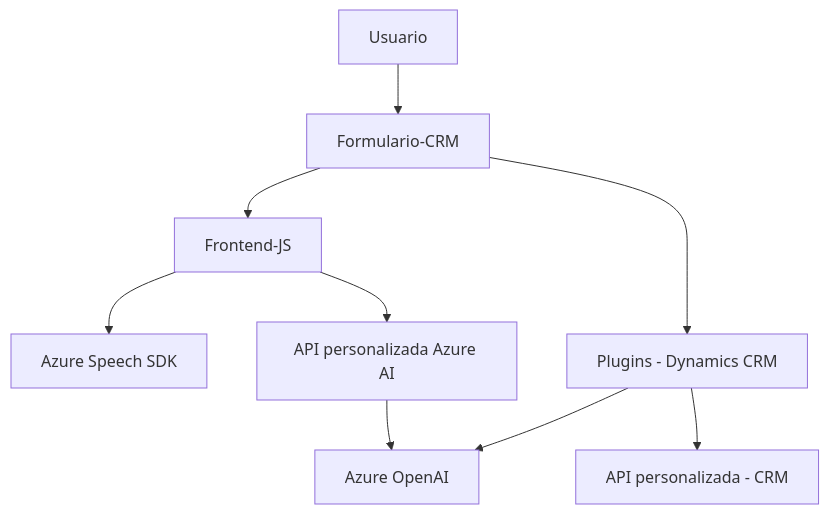
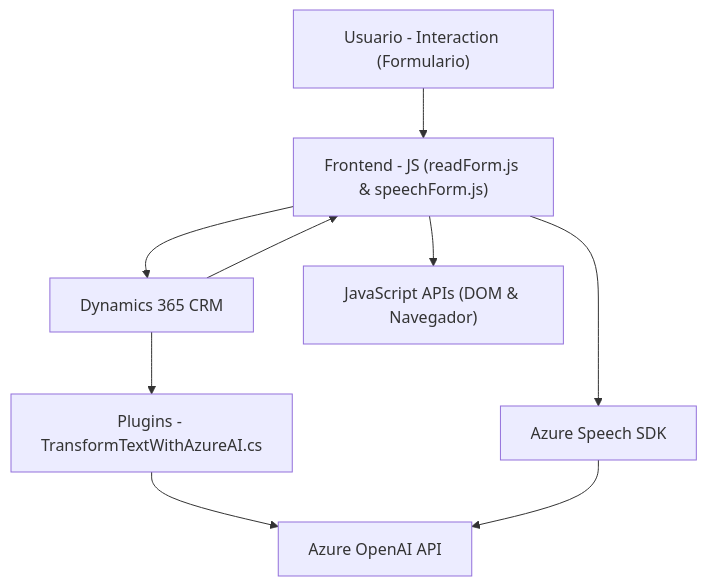
Before and after one commit to blopezdm/NETCORE_BILBAO2025: the diagram in README.md, drawn with Mermaid. The commit also changed other lines of this file, not shown here.

````diff
--- a/README.md
+++ b/README.md
@@ -54,11 +40,19 @@
 ```mermaid
 graph TD
-  A[Usuario] --> B[Formulario-CRM]
-  B --> C[Frontend-JS]
-  C --> D["Azure Speech SDK"]
-  C --> E["API personalizada Azure AI"]
-  E --> F[Azure OpenAI]
-  B --> G[Plugins - Dynamics CRM]
-  G --> F
-  G --> H[API personalizada - CRM]
+    A["Frontend - JS (readForm.js & speechForm.js)"]
+    B["Dynamics 365 CRM"]
+    C["Azure Speech SDK"]
+    D["Azure OpenAI API"]
+    E["Plugins - TransformTextWithAzureAI.cs"]
+    F["JavaScript APIs (DOM & Navegador)"]
+    G["Usuario - Interaction (Formulario)"]
+
+    G --> A
+    A --> B
+    A --> C
+    A --> F
+    B --> A
+    B --> E
+    E --> D
+    C --> D
 ```
````
